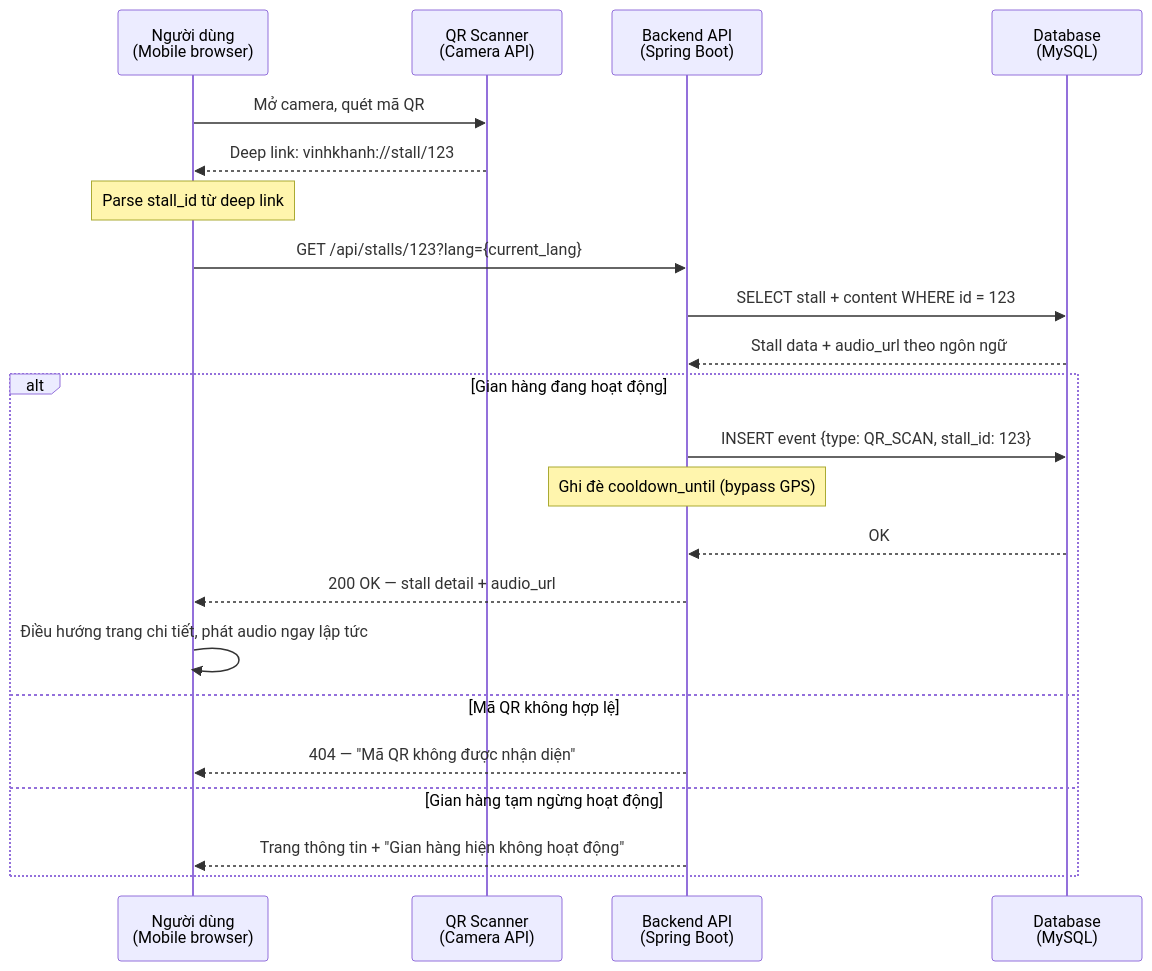
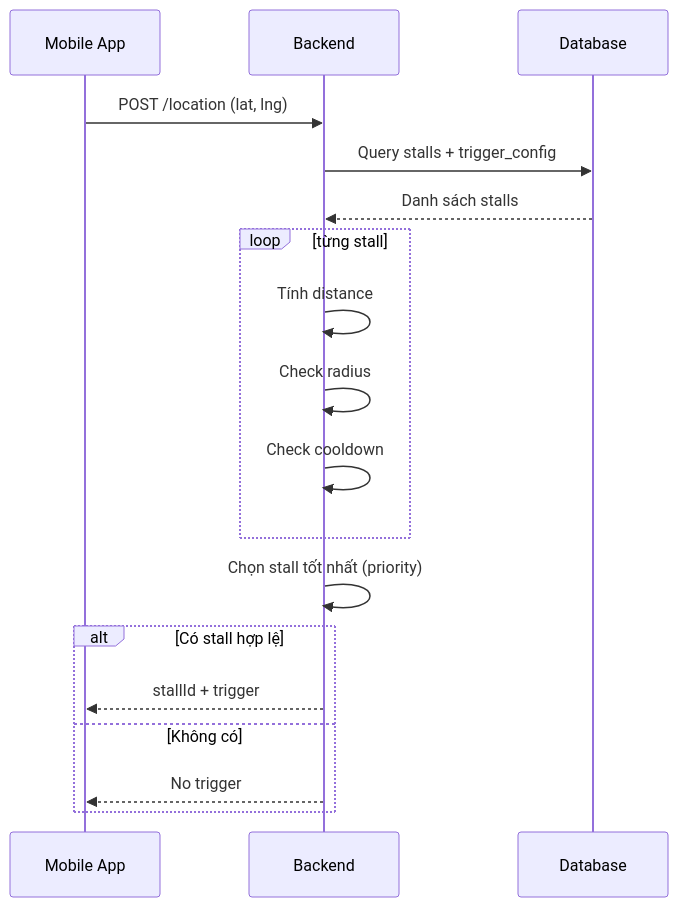
One commit to ThanhThaoBT/FoodStreet changed the second of 10 diagrams in 4.3_SoDo_Sequence.md. Above: the diagram before and after it, drawn with Mermaid. The commit also changed other lines of this file, not shown here.

````diff
--- a/4.3_SoDo_Sequence.md
+++ b/4.3_SoDo_Sequence.md
@@ -45,28 +33,25 @@
 ```mermaid
 sequenceDiagram
-    participant ND as Người dùng<br/>(Mobile browser)
-    participant QR as QR Scanner<br/>(Camera API)
-    participant BE as Backend API<br/>(Spring Boot)
-    participant DB as Database<br/>(MySQL)
+    participant FE as Mobile App
+    participant BE as Backend
+    participant DB as Database
 
-    ND->>QR: Mở camera, quét mã QR
-    QR-->>ND: Deep link: vinhkhanh://stall/123
+    FE->>BE: POST /location (lat, lng)
 
-    note over ND: Parse stall_id từ deep link
+    BE->>DB: Query stalls + trigger_config
+    DB-->>BE: Danh sách stalls
 
-    ND->>BE: GET /api/stalls/123?lang={current_lang}
-    BE->>DB: SELECT stall + content WHERE id = 123
-    DB-->>BE: Stall data + audio_url theo ngôn ngữ
+    loop từng stall
+        BE->>BE: Tính distance
+        BE->>BE: Check radius
+        BE->>BE: Check cooldown
+    end
 
-    alt Gian hàng đang hoạt động
-        BE->>DB: INSERT event {type: QR_SCAN, stall_id: 123}
-        note over BE: Ghi đè cooldown_until (bypass GPS)
-        DB-->>BE: OK
-        BE-->>ND: 200 OK — stall detail + audio_url
-        ND->>ND: Điều hướng trang chi tiết, phát audio ngay lập tức
-    else Mã QR không hợp lệ
-        BE-->>ND: 404 — "Mã QR không được nhận diện"
-    else Gian hàng tạm ngừng hoạt động
-        BE-->>ND: Trang thông tin + "Gian hàng hiện không hoạt động"
+    BE->>BE: Chọn stall tốt nhất (priority)
+
+    alt Có stall hợp lệ
+        BE-->>FE: stallId + trigger
+    else Không có
+        BE-->>FE: No trigger
     end
 ```
````
